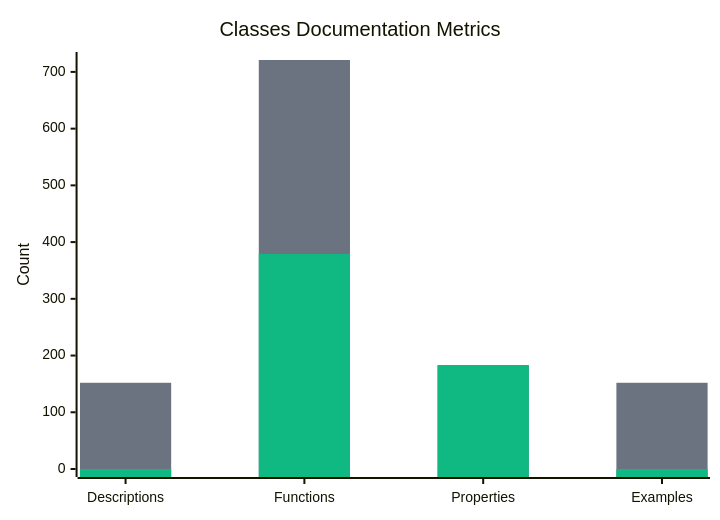
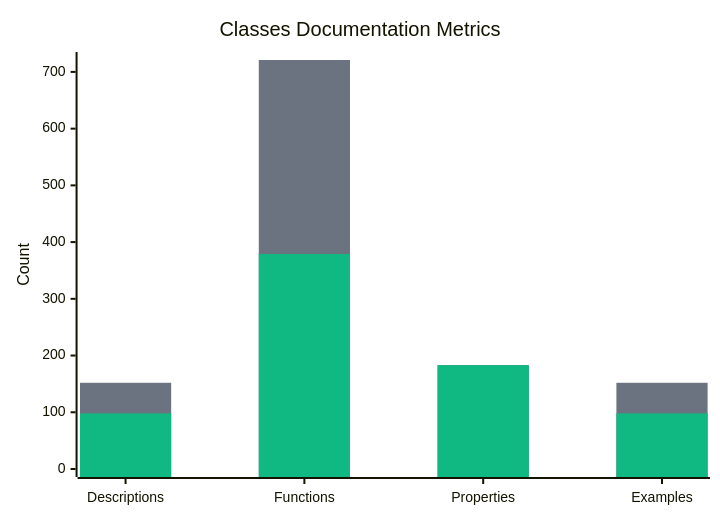
One commit to synthotec/synthotec.github.io changed the second of 4 diagrams in Documentation/SynthoTec-4D/Overview.md. Above: the diagram before and after it, drawn with Mermaid.

Commit message:
Update bar chart data in Overview.md
Adjusted the values of the second bar in the chart example to reflect updated counts. This ensures the documentation accurately represents the current data.

````diff
--- a/Documentation/SynthoTec-4D/Overview.md
+++ b/Documentation/SynthoTec-4D/Overview.md
@@ -30,9 +30,9 @@
 ```mermaid
 %%{init: {'theme':'base', 'themeVariables': {'xyChart': {'backgroundColor': 'transparent', 'plotColorPalette': '#6b7280, #10b981'}}}}%%
 xychart-beta
     title "Classes Documentation Metrics"
     x-axis ["Descriptions", "Functions", "Properties", "Examples"]
     y-axis "Count" 0 --> 721
     bar [152, 721, 183, 152]
-    bar [0, 379, 183, 0]
+    bar [98, 379, 183, 98]
 ```
````
